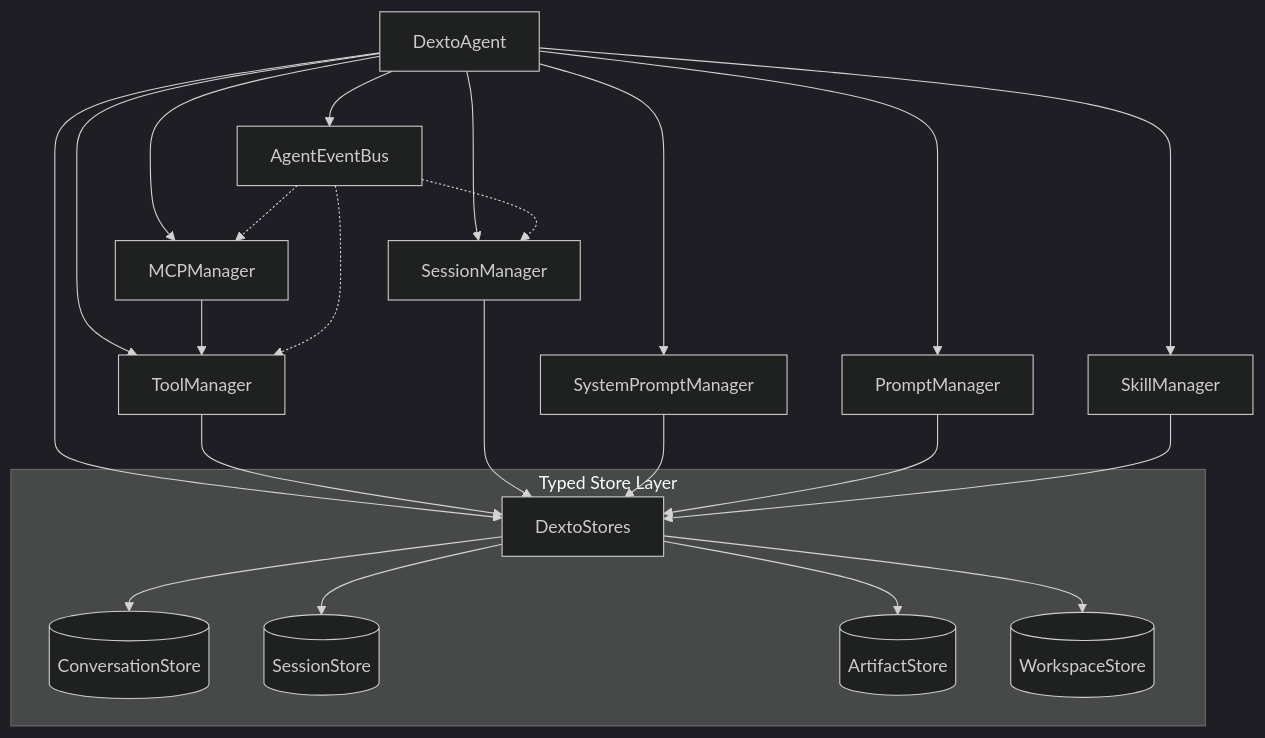
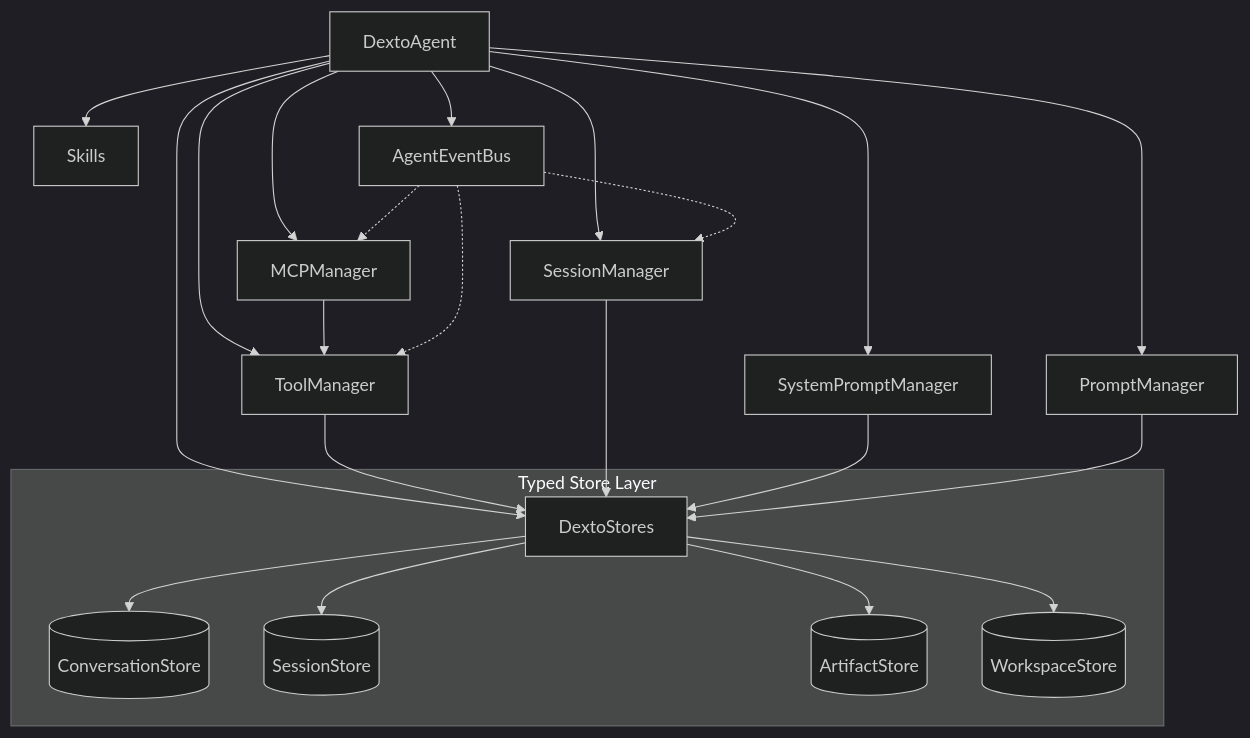
One commit to truffle-ai/dexto changed the diagram in docs/docs/architecture/services.md. Above: the diagram before and after it, drawn with Mermaid (dark theme). The commit also changed other lines of this file and 82 other files, not shown here.

First line of the commit message:
feat(core): replace skill sources with unified skills contract (#914)

````diff
--- a/docs/docs/architecture/services.md
+++ b/docs/docs/architecture/services.md
@@ -24,35 +24,34 @@
 ```mermaid
 graph TB
     DA[DextoAgent] --> SM[SessionManager]
     DA --> MM[MCPManager]
     DA --> TM[ToolManager]
     DA --> SPM[SystemPromptManager]
     DA --> PM[PromptManager]
-    DA --> SK[SkillManager]
+    DA --> SK[Skills]
     DA --> DS[DextoStores]
     DA --> AEB[AgentEventBus]
 
     MM --> TM
     TM --> DS
     SM --> DS
     SPM --> DS
     PM --> DS
-    SK --> DS
 
     subgraph "Typed Store Layer"
         DS
         Conversation[(ConversationStore)]
         Sessions[(SessionStore)]
         Artifacts[(ArtifactStore)]
         Workspaces[(WorkspaceStore)]
     end
 
     DS --> Conversation
     DS --> Sessions
     DS --> Artifacts
     DS --> Workspaces
 
     AEB -.-> SM
     AEB -.-> MM
     AEB -.-> TM
 ```
````
